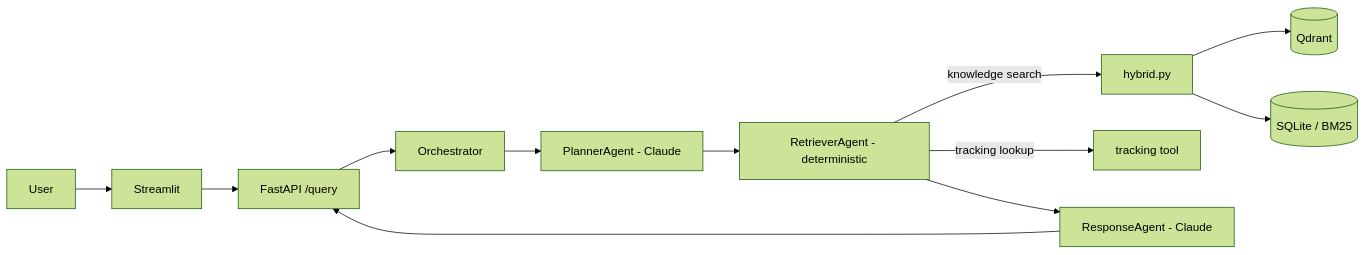
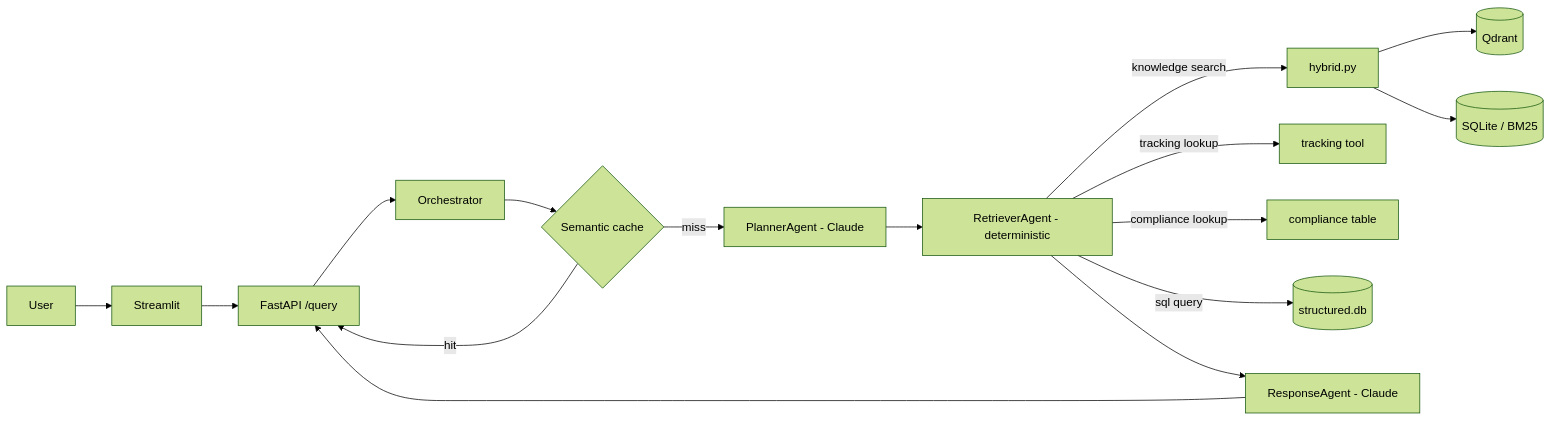
Before and after one commit to awais-de/logimind: the second of 2 diagrams in README.md, drawn with Mermaid (forest theme). The commit also changed other lines of this file, not shown here.

Commit message:
docs: update README to enhance clarity on system capabilities and architecture

````diff
--- a/README.md
+++ b/README.md
@@ -34,14 +34,18 @@
 ```mermaid
 flowchart LR
     U[User] --> UI[Streamlit]
     UI --> API[FastAPI /query]
     API --> O[Orchestrator]
-    O --> P[PlannerAgent - Claude]
+    O --> Cache{Semantic cache}
+    Cache -->|hit| API
+    Cache -->|miss| P[PlannerAgent - Claude]
     P --> R[RetrieverAgent - deterministic]
     R -->|knowledge search| H[hybrid.py]
     H --> G[(Qdrant)]
     H --> S[(SQLite / BM25)]
     R -->|tracking lookup| T[tracking tool]
+    R -->|compliance lookup| C[compliance table]
+    R -->|sql query| D[(structured.db)]
     R --> Resp[ResponseAgent - Claude]
     Resp --> API
 ```
````
